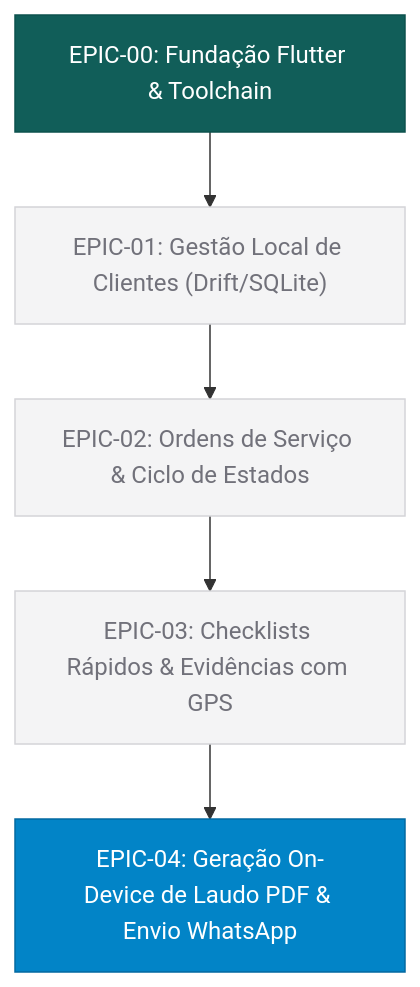
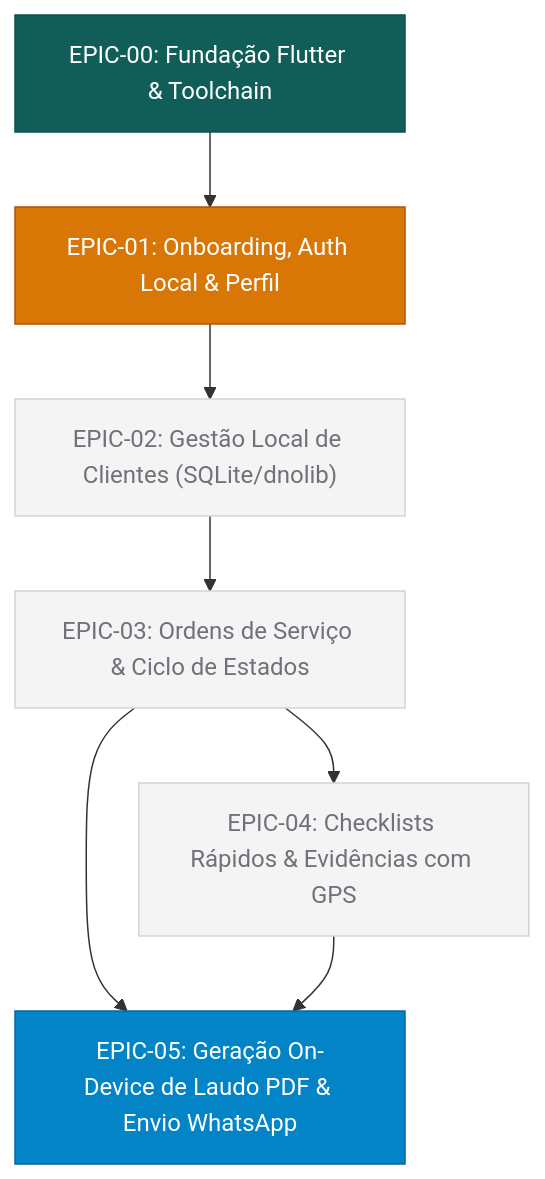
Before and after one commit to DenersonNobre/ServiceTrack: the diagram in docs/plan/README.md, drawn with Mermaid. The commit also changed other lines of this file and 4 other files, not shown here.

````diff
--- a/docs/plan/README.md
+++ b/docs/plan/README.md
@@ -25,17 +25,21 @@
 ```mermaid
 graph TD
     classDef foundation fill:#115E59,stroke:#0D524D,color:#fff;
     classDef core fill:#0284C7,stroke:#0369A1,color:#fff;
+    classDef ready fill:#D97706,stroke:#B45309,color:#fff;
     classDef blocked fill:#F4F4F5,stroke:#D4D4D8,color:#71717A;
 
     EPIC00["EPIC-00: Fundação Flutter & Toolchain"]:::foundation
-    EPIC01["EPIC-01: Gestão Local de Clientes (Drift/SQLite)"]:::blocked
-    EPIC02["EPIC-02: Ordens de Serviço & Ciclo de Estados"]:::blocked
-    EPIC03["EPIC-03: Checklists Rápidos & Evidências com GPS"]:::blocked
-    EPIC04["EPIC-04: Geração On-Device de Laudo PDF & Envio WhatsApp"]:::core
+    EPIC01["EPIC-01: Onboarding, Auth Local & Perfil"]:::ready
+    EPIC02["EPIC-02: Gestão Local de Clientes (SQLite/dnolib)"]:::blocked
+    EPIC03["EPIC-03: Ordens de Serviço & Ciclo de Estados"]:::blocked
+    EPIC04["EPIC-04: Checklists Rápidos & Evidências com GPS"]:::blocked
+    EPIC05["EPIC-05: Geração On-Device de Laudo PDF & Envio WhatsApp"]:::core
 
     EPIC00 --> EPIC01
     EPIC01 --> EPIC02
     EPIC02 --> EPIC03
     EPIC03 --> EPIC04
+    EPIC03 --> EPIC05
+    EPIC04 --> EPIC05
 ```
````
